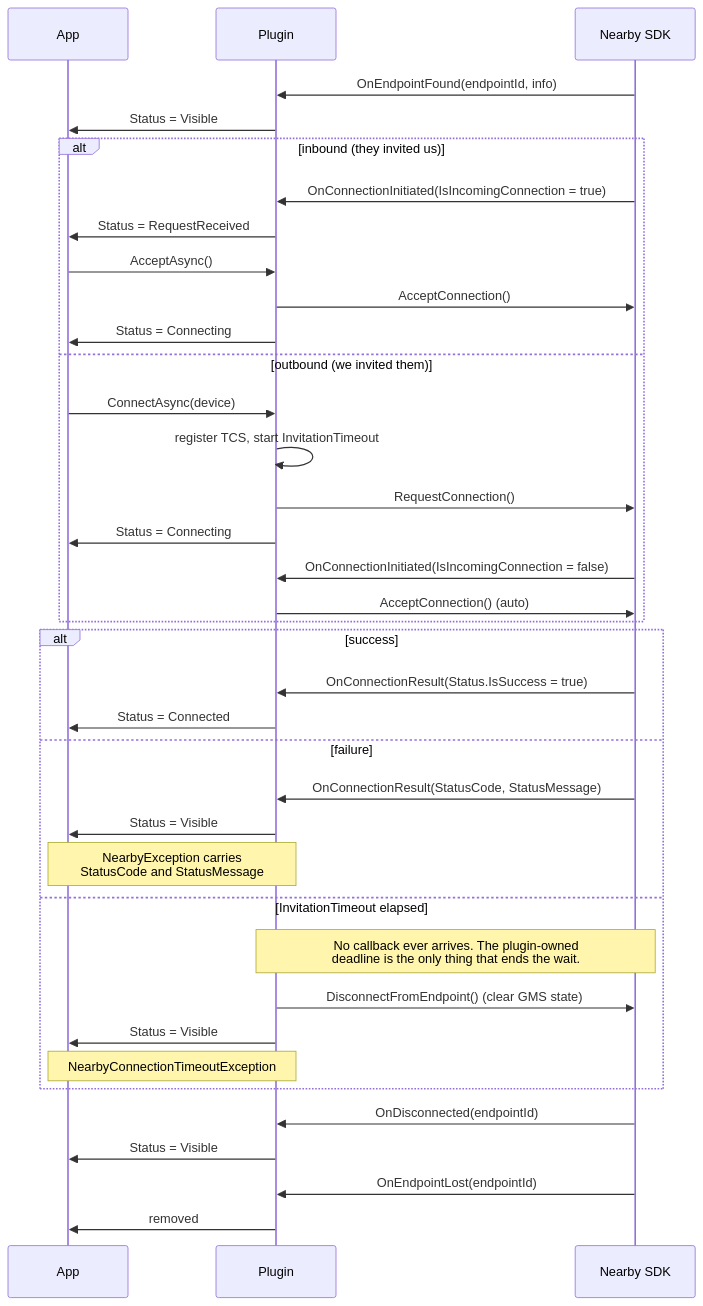
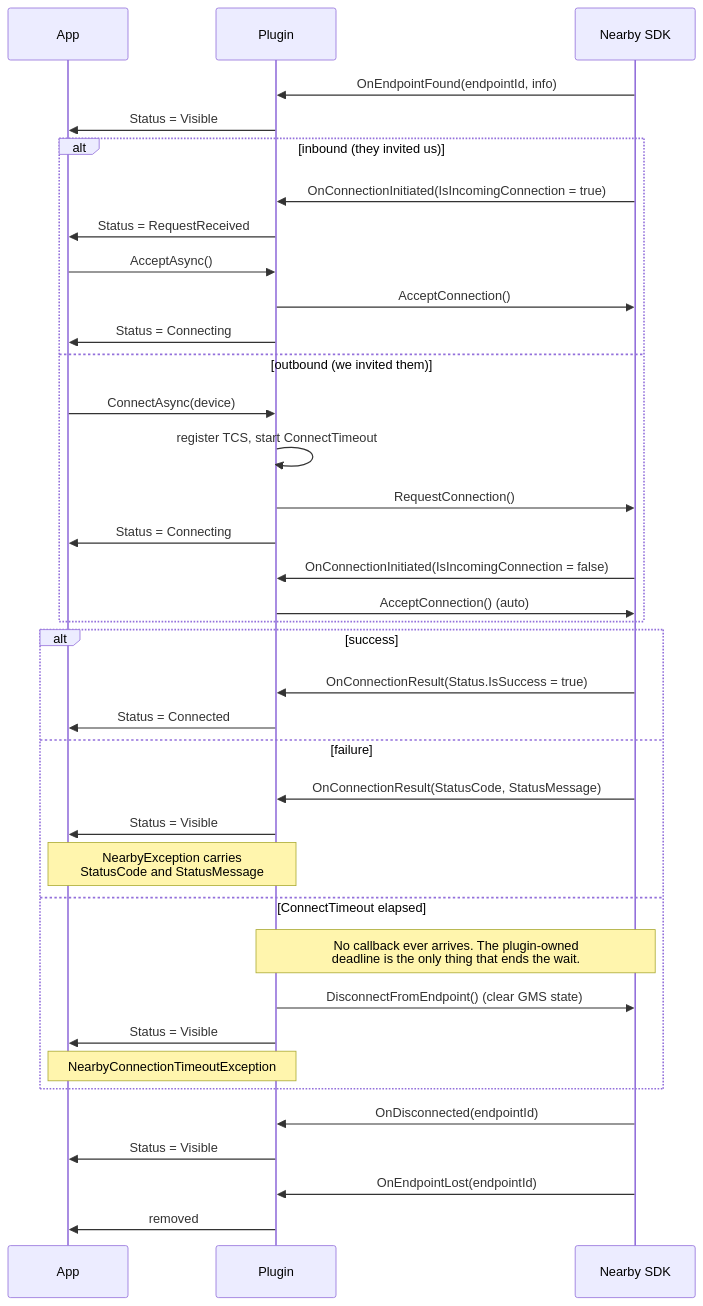
The third of 5 diagrams in docs/DEVICE-LIFECYCLE.md (phunkeler/Plugin.Maui.NearbyConnections), drawn with Mermaid before and after one commit. The commit also changed other lines of this file and 28 other files, not shown here.

First line of the commit message:
feat: split InvitationTimeout into three named timeouts

````diff
--- a/docs/DEVICE-LIFECYCLE.md
+++ b/docs/DEVICE-LIFECYCLE.md
@@ -180,43 +181,43 @@
 ```mermaid
 sequenceDiagram
     participant A as App
     participant P as Plugin
     participant G as Nearby SDK
 
     G->>P: OnEndpointFound(endpointId, info)
     P->>A: Status = Visible
 
     alt inbound (they invited us)
         G->>P: OnConnectionInitiated(IsIncomingConnection = true)
         P->>A: Status = RequestReceived
         A->>P: AcceptAsync()
         P->>G: AcceptConnection()
         P->>A: Status = Connecting
     else outbound (we invited them)
         A->>P: ConnectAsync(device)
-        P->>P: register TCS, start InvitationTimeout
+        P->>P: register TCS, start ConnectTimeout
         P->>G: RequestConnection()
         P->>A: Status = Connecting
         G->>P: OnConnectionInitiated(IsIncomingConnection = false)
         P->>G: AcceptConnection() (auto)
     end
 
     alt success
         G->>P: OnConnectionResult(Status.IsSuccess = true)
         P->>A: Status = Connected
     else failure
         G->>P: OnConnectionResult(StatusCode, StatusMessage)
         P->>A: Status = Visible
         Note over P,A: NearbyException carries<br/>StatusCode and StatusMessage
-    else InvitationTimeout elapsed
+    else ConnectTimeout elapsed
         Note over P,G: No callback ever arrives. The plugin-owned<br/>deadline is the only thing that ends the wait.
         P->>G: DisconnectFromEndpoint() (clear GMS state)
         P->>A: Status = Visible
         Note over P,A: NearbyConnectionTimeoutException
     end
 
     G->>P: OnDisconnected(endpointId)
     P->>A: Status = Visible
     G->>P: OnEndpointLost(endpointId)
     P->>A: removed
 ```
````
